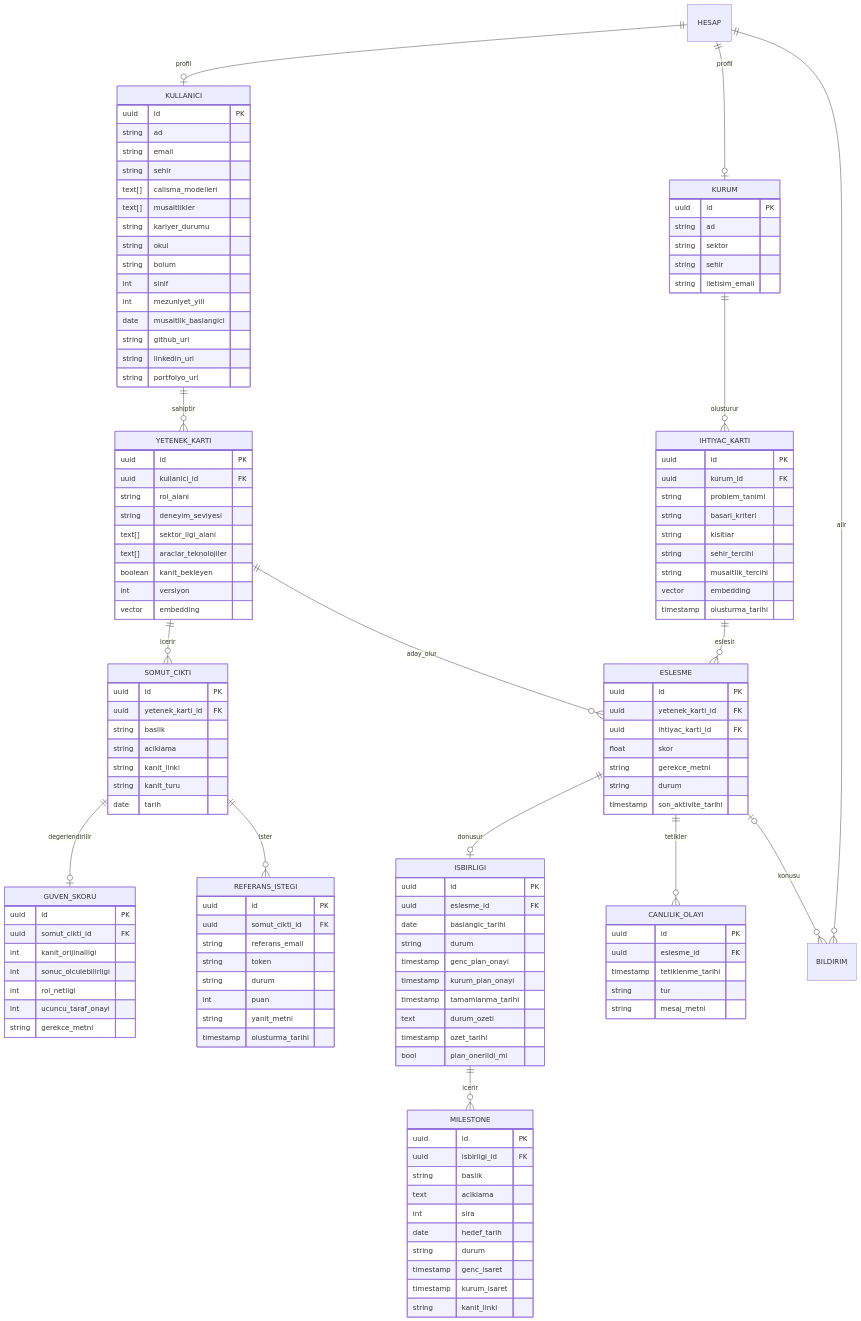
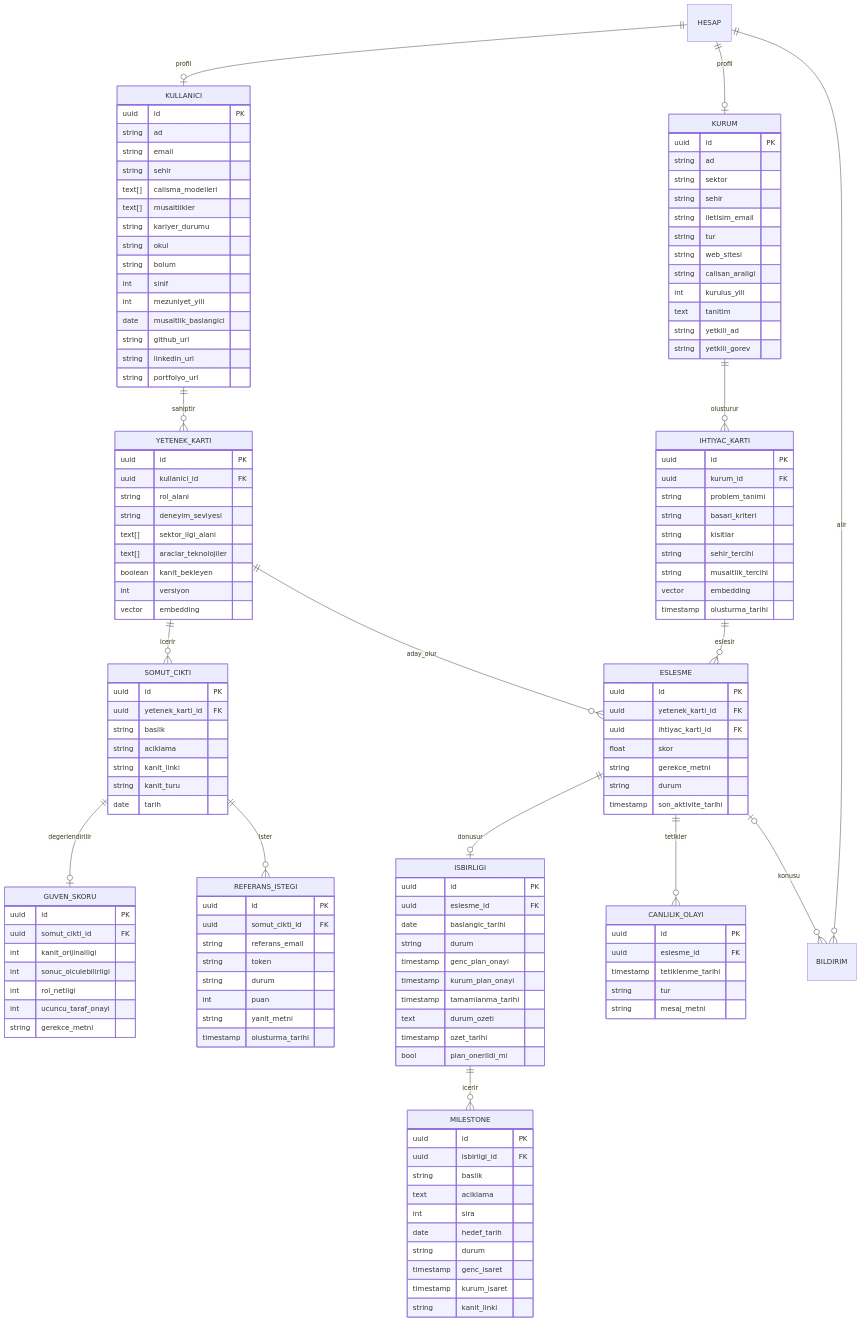
One commit to zuhrekorhn/Zemin360-Hackathon changed the diagram in docs/data-schema.md. Above: the diagram before and after it, drawn with Mermaid. The commit also changed other lines of this file and 25 other files, not shown here.

```diff
--- a/docs/data-schema.md
+++ b/docs/data-schema.md
@@ -81,6 +81,13 @@
     string sektor
     string sehir
     string iletisim_email
+    string tur
+    string web_sitesi
+    string calisan_araligi
+    int kurulus_yili
+    text tanitim
+    string yetkili_ad
+    string yetkili_gorev
   }
   IHTIYAC_KARTI {
     uuid id PK
```
